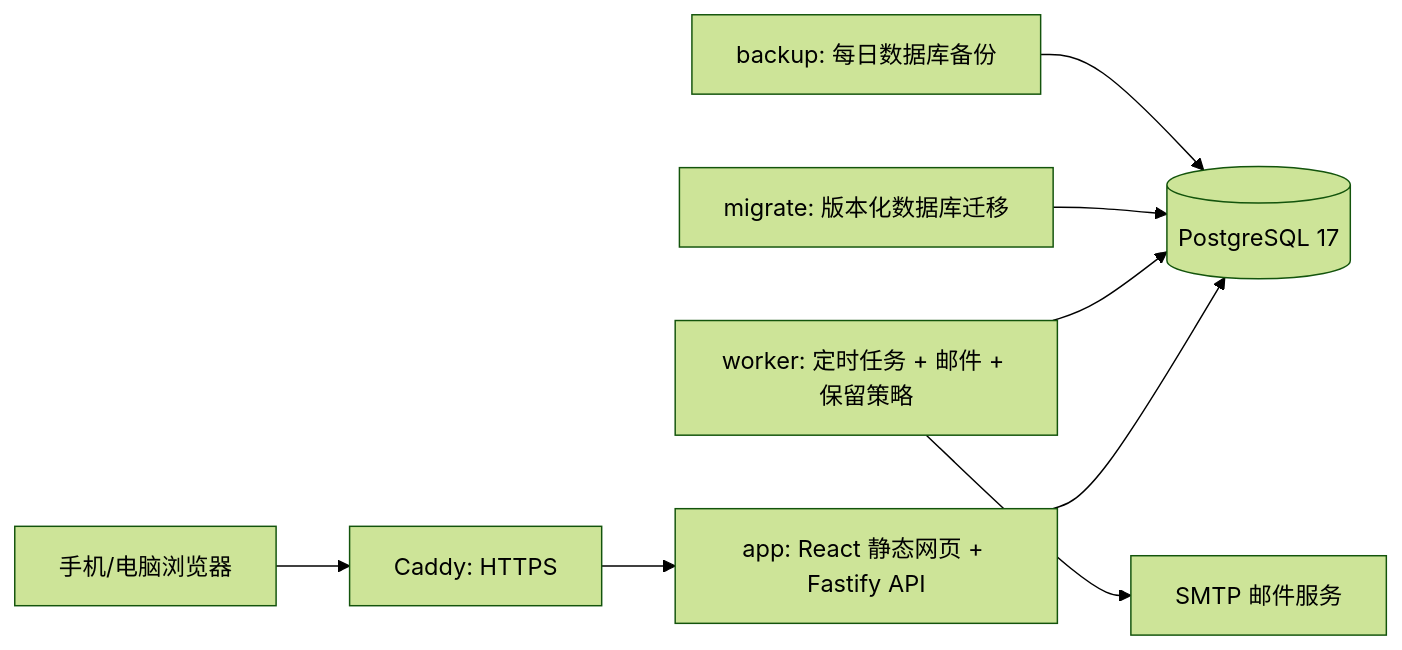
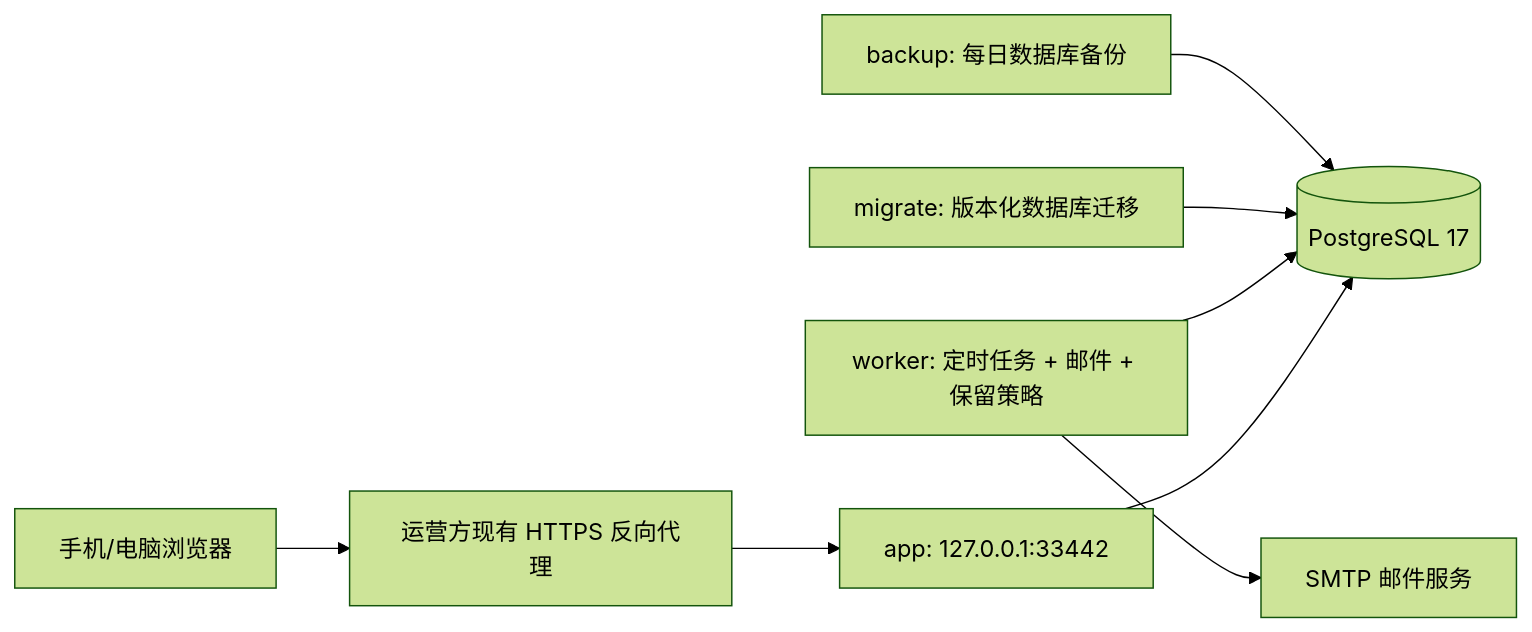
The second of 2 diagrams in docs/设计文档.md (1075375006/liang-ge-ren), drawn with Mermaid (forest theme) before and after one commit. The commit also changed other lines of this file and 14 other files, not shown here.

````diff
--- a/docs/设计文档.md
+++ b/docs/设计文档.md
@@ -120,10 +120,10 @@
 ```mermaid
 flowchart LR
-    U[手机/电脑浏览器] --> C[Caddy: HTTPS]
-    C --> A[app: React 静态网页 + Fastify API]
+    U[手机/电脑浏览器] --> R[运营方现有 HTTPS 反向代理]
+    R --> A[app: 127.0.0.1:33442]
     A --> P[(PostgreSQL 17)]
     W[worker: 定时任务 + 邮件 + 保留策略] --> P
     W --> M[SMTP 邮件服务]
     X[migrate: 版本化数据库迁移] --> P
     B[backup: 每日数据库备份] --> P
 ```
````
